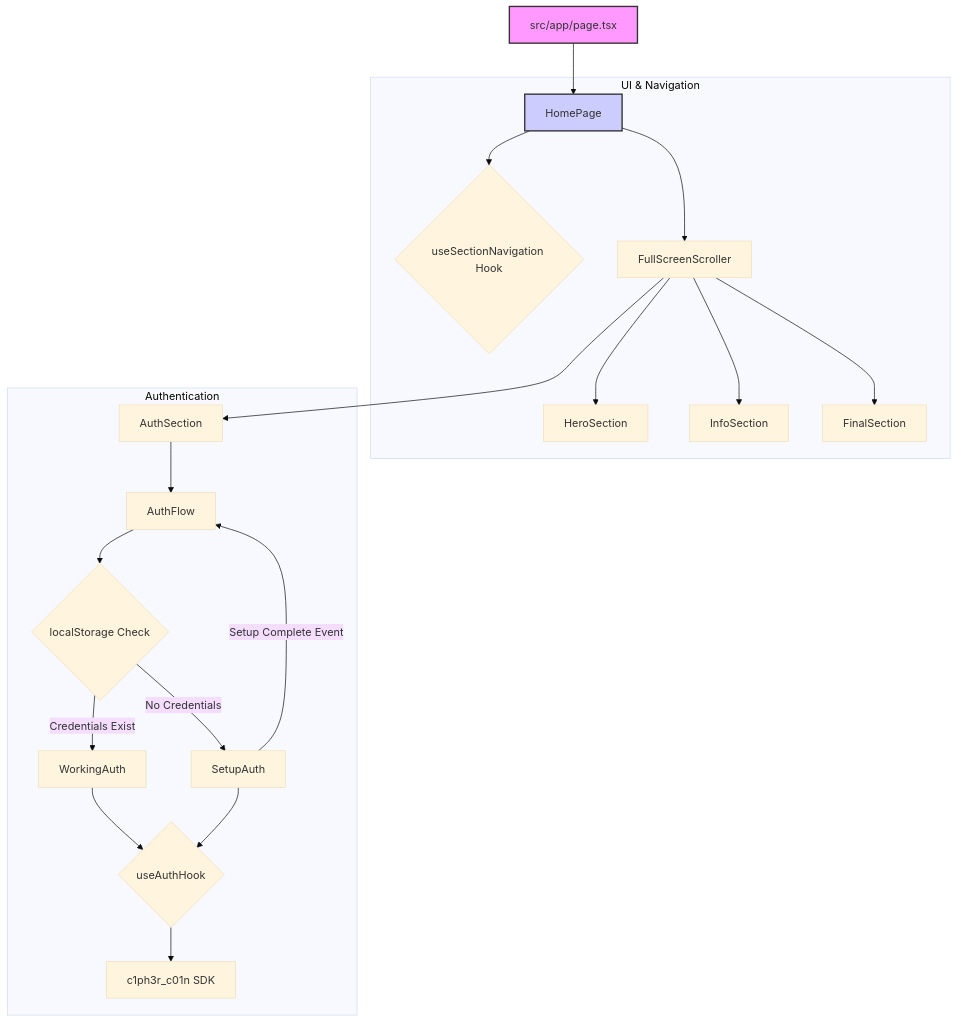
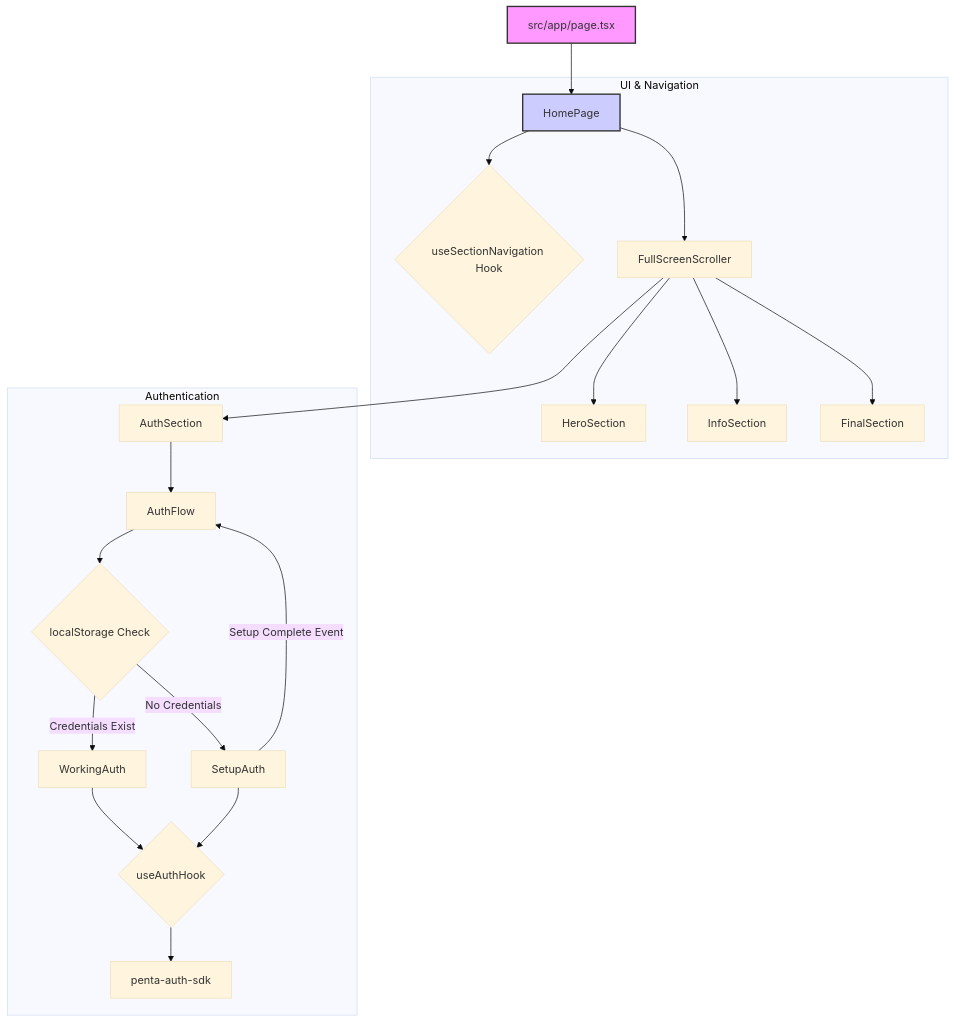
One commit to PentagonHQ/website changed the first of 3 diagrams in audit.md. Above: the diagram before and after it, drawn with Mermaid (base theme). The commit also changed other lines of this file and 10 other files, not shown here.

````diff
--- a/audit.md
+++ b/audit.md
@@ -64,43 +64,43 @@
 ```mermaid
 graph TD
     A[src/app/page.tsx] --> B[HomePage];
     B --> C{useSectionNavigation Hook};
     B --> D[FullScreenScroller];
     D --> E[HeroSection];
     D --> F[InfoSection];
     D --> G[AuthSection];
     D --> H[FinalSection];
 
     G --> I[AuthFlow];
     I --> J{localStorage Check};
     J -- Credentials Exist --> K[WorkingAuth];
     J -- No Credentials --> L[SetupAuth];
 
     L -- Setup Complete Event --> I;
     K --> M{useAuthHook};
     L --> M;
 
-    M --> N[c1ph3r_c01n SDK];
+    M --> N[penta-auth-sdk];
 
     subgraph "UI & Navigation"
         B
         C
         D
         E
         F
         H
     end
 
     subgraph "Authentication"
         G
         I
         J
         K
         L
         M
         N
     end
 
     style A fill:#f9f,stroke:#333,stroke-width:2px
     style B fill:#ccf,stroke:#333,stroke-width:2px
 ```
````
